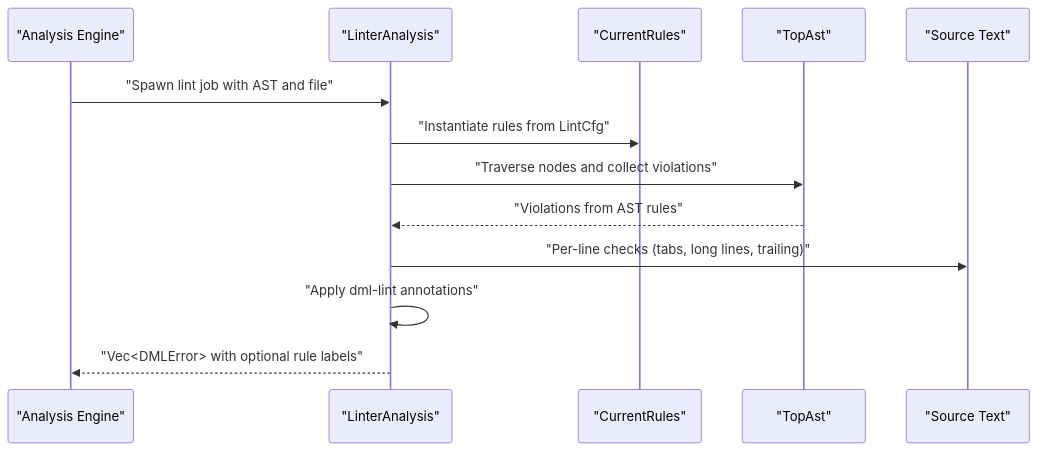
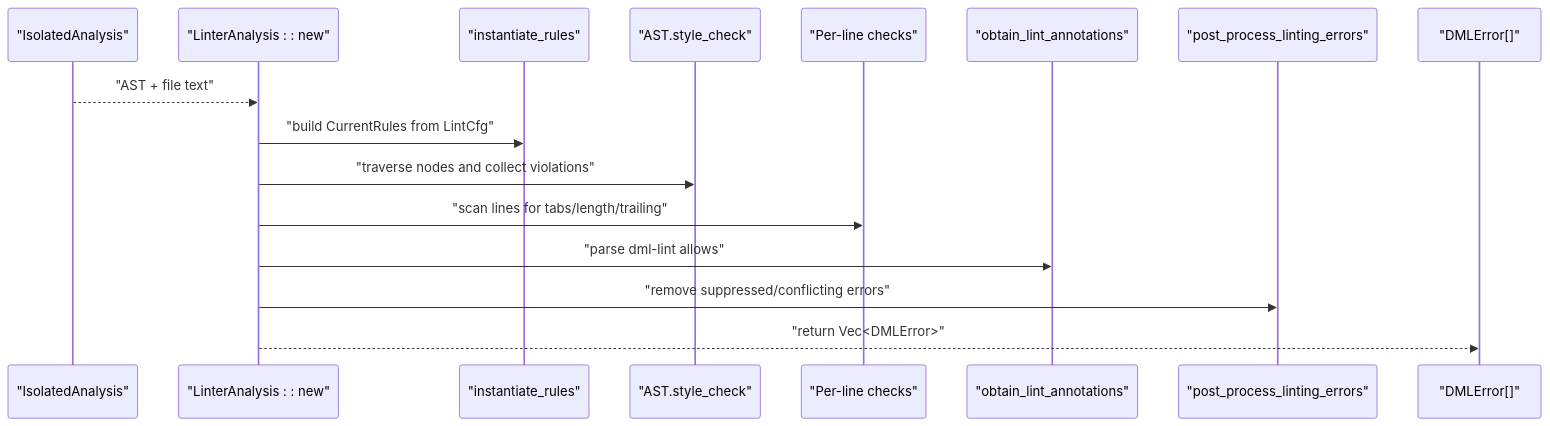
Before and after one commit to fenghaitao/dml-language-server: the second of 8 diagrams in .qoder/repowiki/en/content/Linting System/Linting System.md, drawn with Mermaid. The commit also changed other lines of this file and 119 other files, not shown here.

````diff
--- a/.qoder/repowiki/en/content/Linting System/Linting System.md
+++ b/.qoder/repowiki/en/content/Linting System/Linting System.md
@@ -129,15 +105,18 @@
 ```mermaid
 sequenceDiagram
-participant Engine as "Analysis Engine"
-participant Linter as "LinterAnalysis"
-participant Rules as "CurrentRules"
-participant AST as "TopAst"
-participant File as "Source Text"
-Engine->>Linter : "Spawn lint job with AST and file"
-Linter->>Rules : "Instantiate rules from LintCfg"
-Linter->>AST : "Traverse nodes and collect violations"
-AST-->>Linter : "Violations from AST rules"
-Linter->>File : "Per-line checks (tabs, long lines, trailing)"
-Linter->>Linter : "Apply dml-lint annotations"
-Linter-->>Engine : "Vec<DMLError> with optional rule labels"
+participant ISOL as "IsolatedAnalysis"
+participant LINT as "LinterAnalysis : : new"
+participant INST as "instantiate_rules"
+participant AST as "AST.style_check"
+participant LINE as "Per-line checks"
+participant ANNOT as "obtain_lint_annotations"
+participant POST as "post_process_linting_errors"
+participant OUT as "DMLError[]"
+ISOL-->>LINT : "AST + file text"
+LINT->>INST : "build CurrentRules from LintCfg"
+LINT->>AST : "traverse nodes and collect violations"
+LINT->>LINE : "scan lines for tabs/length/trailing"
+LINT->>ANNOT : "parse dml-lint allows"
+LINT->>POST : "remove suppressed/conflicting errors"
+LINT-->>OUT : "return Vec<DMLError>"
 ```
````
